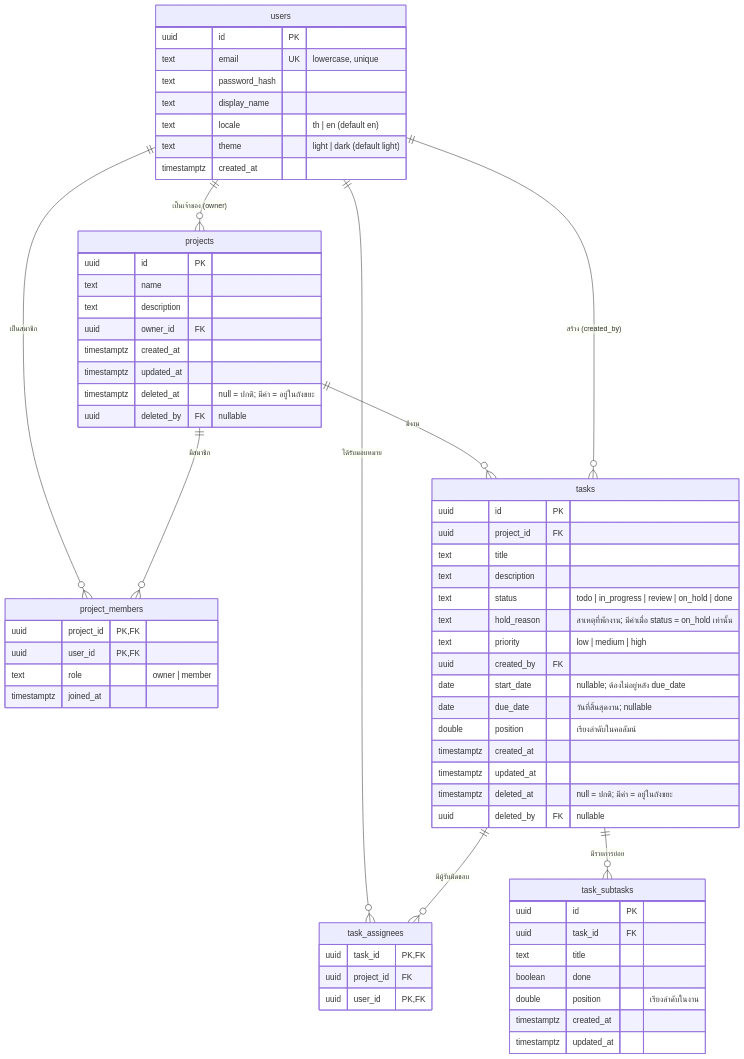
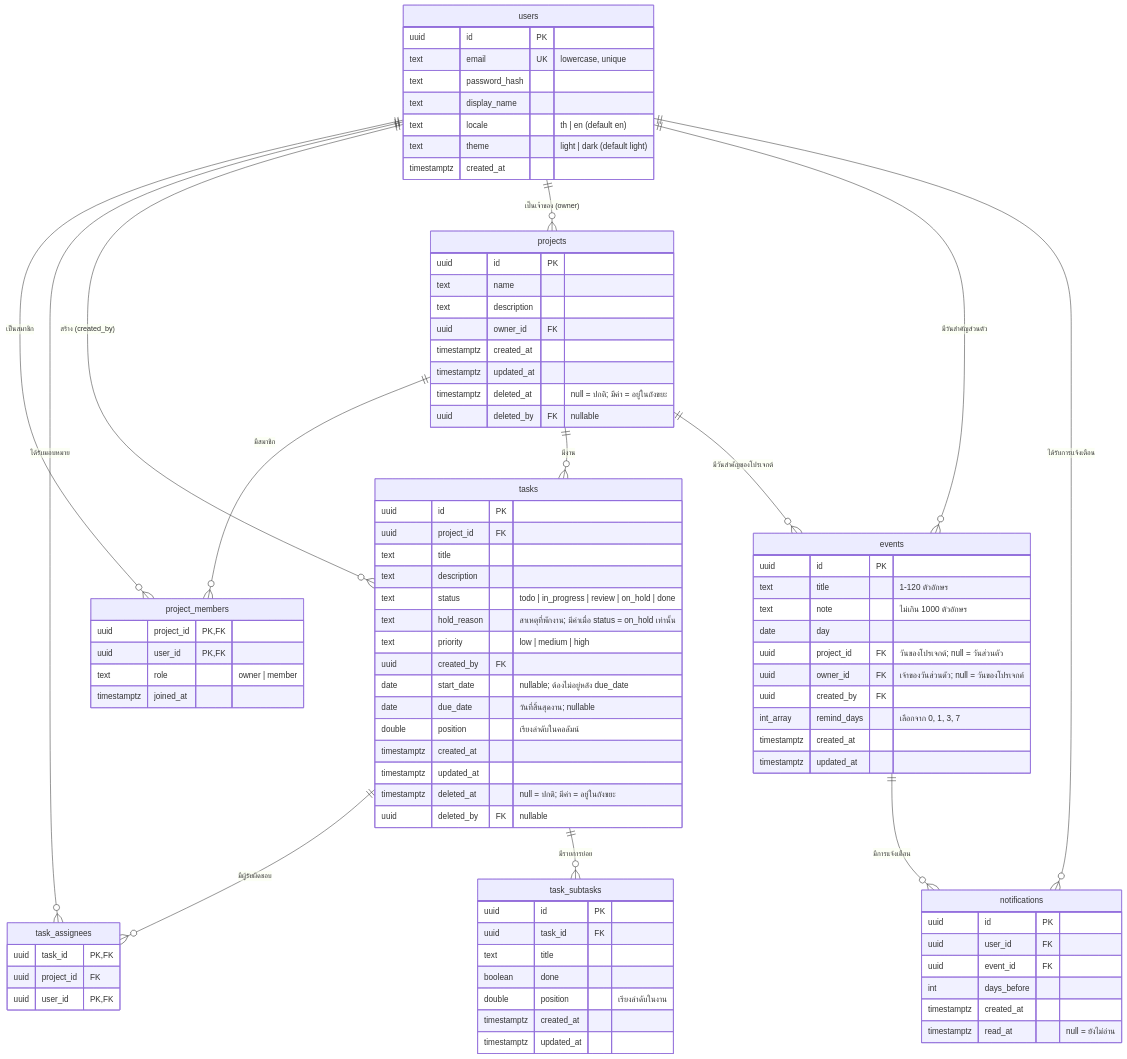
Before and after one commit to Yose1001/01s-taskflow: the diagram in docs/02-er-diagram.md, drawn with Mermaid. The commit also changed other lines of this file and 31 other files, not shown here.

````diff
--- a/docs/02-er-diagram.md
+++ b/docs/02-er-diagram.md
@@ -10,6 +10,10 @@
     tasks ||--o{ task_subtasks : "มีรายการย่อย"
     users ||--o{ tasks : "สร้าง (created_by)"
     users ||--o{ projects : "เป็นเจ้าของ (owner)"
+    users ||--o{ events : "มีวันสำคัญส่วนตัว"
+    projects ||--o{ events : "มีวันสำคัญของโปรเจกต์"
+    events ||--o{ notifications : "มีการแจ้งเตือน"
+    users ||--o{ notifications : "ได้รับการแจ้งเตือน"
 
     users {
         uuid id PK
@@ -67,4 +71,24 @@
         timestamptz created_at
         timestamptz updated_at
     }
+    events {
+        uuid id PK
+        text title "1-120 ตัวอักษร"
+        text note "ไม่เกิน 1000 ตัวอักษร"
+        date day
+        uuid project_id FK "วันของโปรเจกต์; null = วันส่วนตัว"
+        uuid owner_id FK "เจ้าของวันส่วนตัว; null = วันของโปรเจกต์"
+        uuid created_by FK
+        int_array remind_days "เลือกจาก 0, 1, 3, 7"
+        timestamptz created_at
+        timestamptz updated_at
+    }
+    notifications {
+        uuid id PK
+        uuid user_id FK
+        uuid event_id FK
+        int days_before
+        timestamptz created_at
+        timestamptz read_at "null = ยังไม่อ่าน"
+    }
 ```
````
